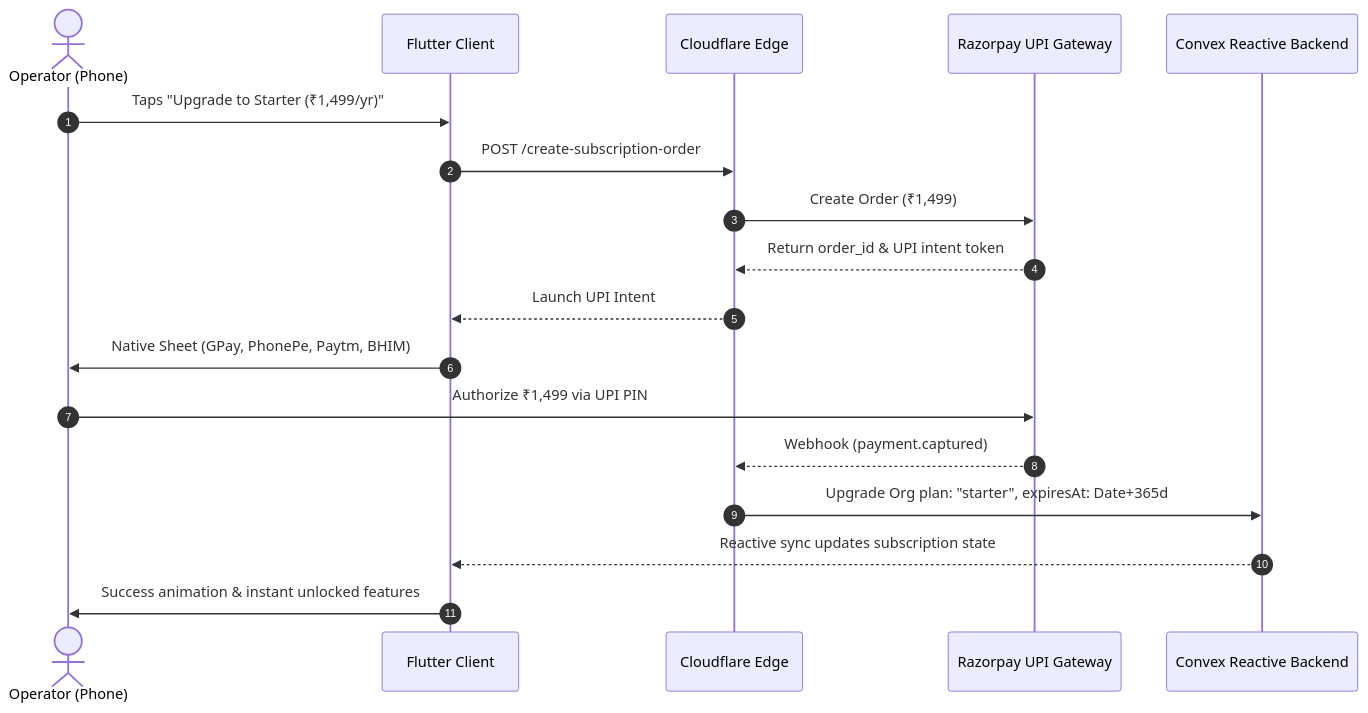
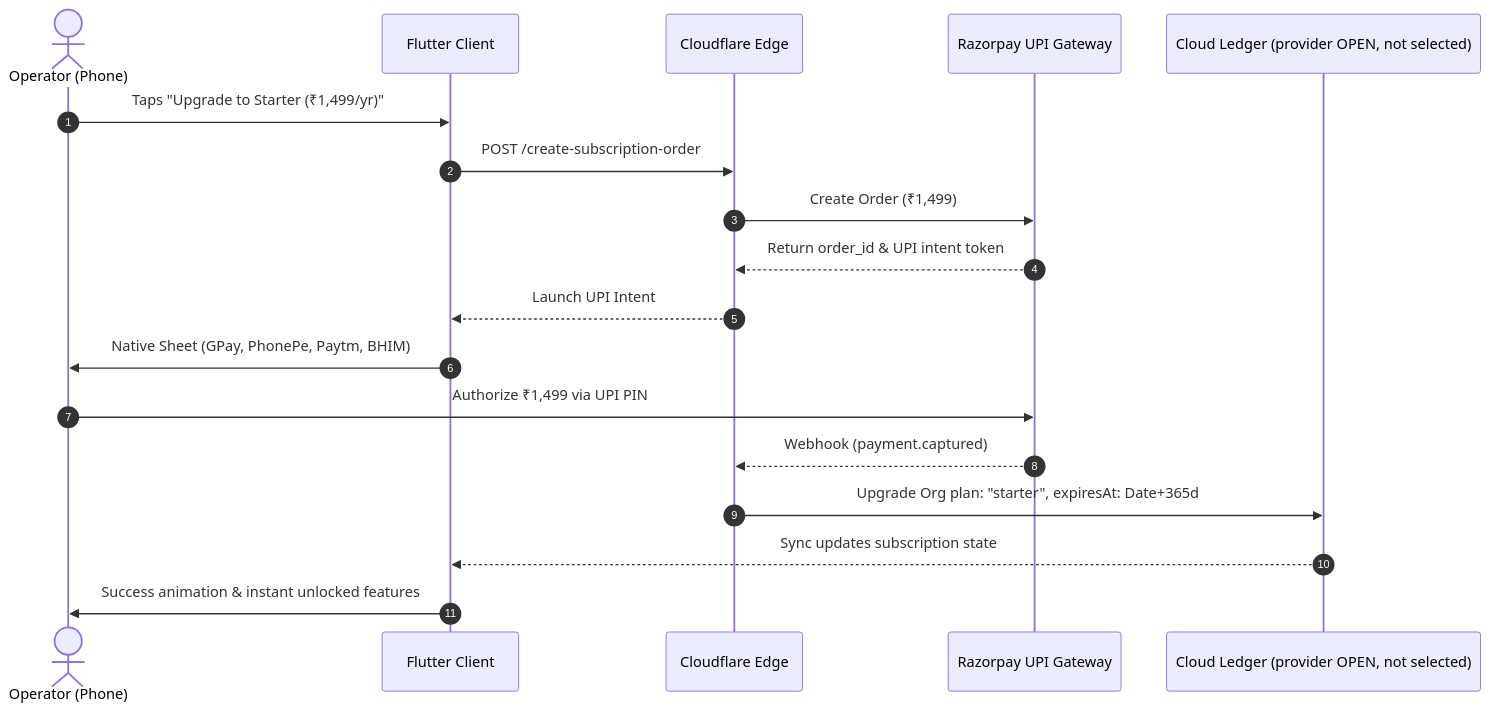
One commit to g2m7/collection_book changed the diagram in docs/04-pricing-and-5k-customer-economics.md. Above: the diagram before and after it, drawn with Mermaid. The commit also changed other lines of this file and 14 other files, not shown here.

````diff
--- a/docs/04-pricing-and-5k-customer-economics.md
+++ b/docs/04-pricing-and-5k-customer-economics.md
@@ -91,21 +119,21 @@
 ```mermaid
 sequenceDiagram
     autonumber
     actor Operator as Operator (Phone)
     participant App as Flutter Client
     participant Worker as Cloudflare Edge
     participant Razorpay as Razorpay UPI Gateway
-    participant Convex as Convex Reactive Backend
+    participant Ledger as Cloud Ledger (provider OPEN, not selected)
 
     Operator->>App: Taps "Upgrade to Starter (₹1,499/yr)"
     App->>Worker: POST /create-subscription-order
     Worker->>Razorpay: Create Order (₹1,499)
     Razorpay-->>Worker: Return order_id & UPI intent token
     Worker-->>App: Launch UPI Intent
     App->>Operator: Native Sheet (GPay, PhonePe, Paytm, BHIM)
     Operator->>Razorpay: Authorize ₹1,499 via UPI PIN
     Razorpay-->>Worker: Webhook (payment.captured)
-    Worker->>Convex: Upgrade Org plan: "starter", expiresAt: Date+365d
-    Convex-->>App: Reactive sync updates subscription state
+    Worker->>Ledger: Upgrade Org plan: "starter", expiresAt: Date+365d
+    Ledger-->>App: Sync updates subscription state
     App->>Operator: Success animation & instant unlocked features
 ```
````
